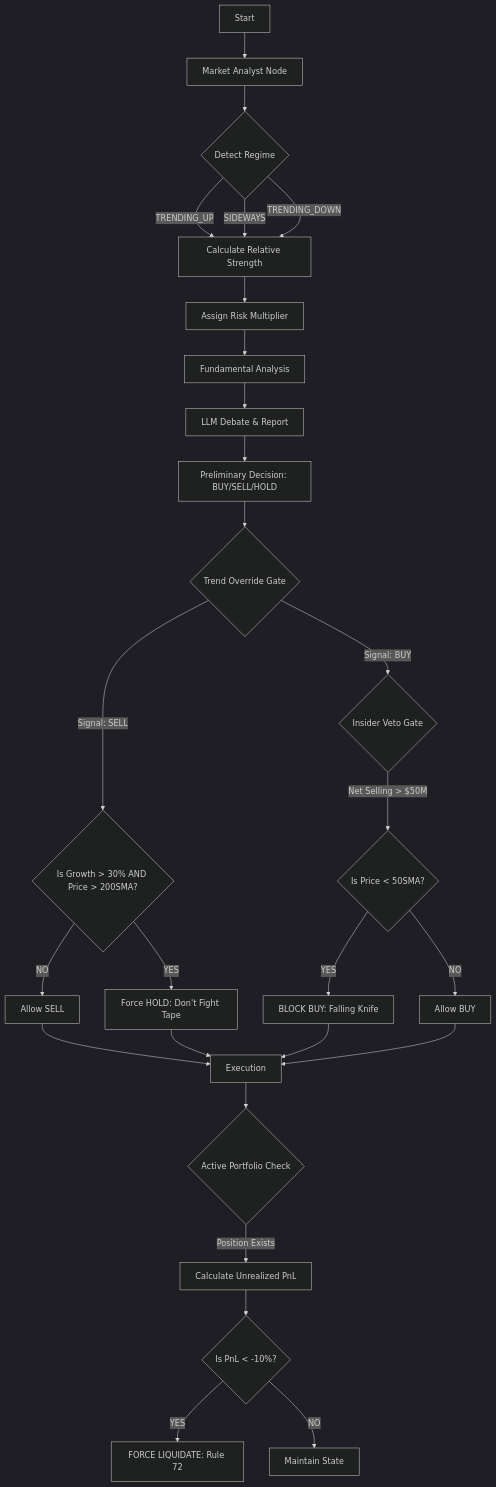
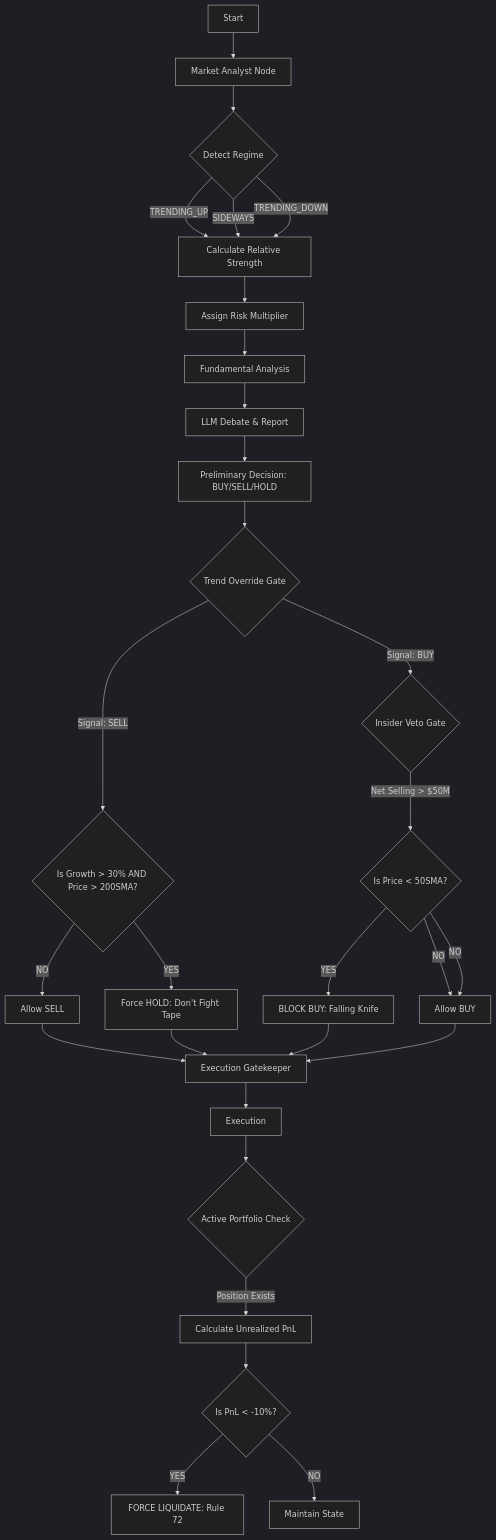
Before and after one commit to TauricResearch/TradingAgents: the first of 2 diagrams in SYSTEM_RULE_BOOK.md, drawn with Mermaid (dark theme). The commit also changed other lines of this file and 44 other files, not shown here.

````diff
--- a/SYSTEM_RULE_BOOK.md
+++ b/SYSTEM_RULE_BOOK.md
@@ -236,37 +242,41 @@
 ```mermaid
 graph TD
     A[Start] --> B[Market Analyst Node]
     B --> C{Detect Regime}
     
     C -- TRENDING_UP --> D[Calculate Relative Strength]
     C -- SIDEWAYS --> D
     C -- TRENDING_DOWN --> D
     
     D --> E[Assign Risk Multiplier]
     E --> F[Fundamental Analysis]
     F --> G[LLM Debate & Report]
     G --> H[Preliminary Decision: BUY/SELL/HOLD]
     
     H --> I{Trend Override Gate}
     
     I -- Signal: SELL --> J{Is Growth > 30% AND Price > 200SMA?}
     J -- YES --> K[Force HOLD: Don't Fight Tape]
     J -- NO --> L[Allow SELL]
     
     I -- Signal: BUY --> M{Insider Veto Gate}
     
     M -- Net Selling > $50M --> N{Is Price < 50SMA?}
     N -- YES --> O[BLOCK BUY: Falling Knife]
     N -- NO --> P[Allow BUY]
     
-    L --> Q[Execution]
-    K --> Q
-    O --> Q
-    P --> Q
+    N -- NO --> P[Allow BUY]
+    
+    L --> Gate[Execution Gatekeeper]
+    K --> Gate
+    O --> Gate
+    P --> Gate
+    
+    Gate --> Q[Execution]
     
     Q --> R{Active Portfolio Check}
     R -- Position Exists --> S[Calculate Unrealized PnL]
     S --> T{Is PnL < -10%?}
     T -- YES --> U[FORCE LIQUIDATE: Rule 72]
     T -- NO --> V[Maintain State]
 ```
````
